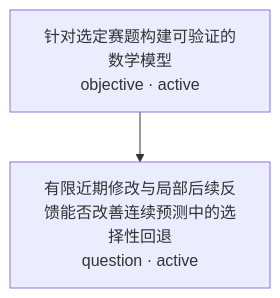
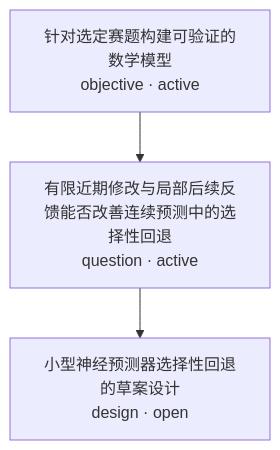
One commit to Akira-TL/Antomony changed the diagram in research-tree/README.md. Above: the diagram before and after it, drawn with Mermaid. The commit also changed other lines of this file and 6 other files, not shown here.

````diff
--- a/research-tree/README.md
+++ b/research-tree/README.md
@@ -5,6 +5,8 @@
 ```mermaid
 flowchart TD
     N1["针对选定赛题构建可验证的数学模型<br/>objective · active"]
     N2["有限近期修改与局部后续反馈能否改善连续预测中的选择性回退<br/>question · active"]
+    N3["小型神经预测器选择性回退的草案设计<br/>design · open"]
     N1 --> N2
+    N2 --> N3
 ```
````
